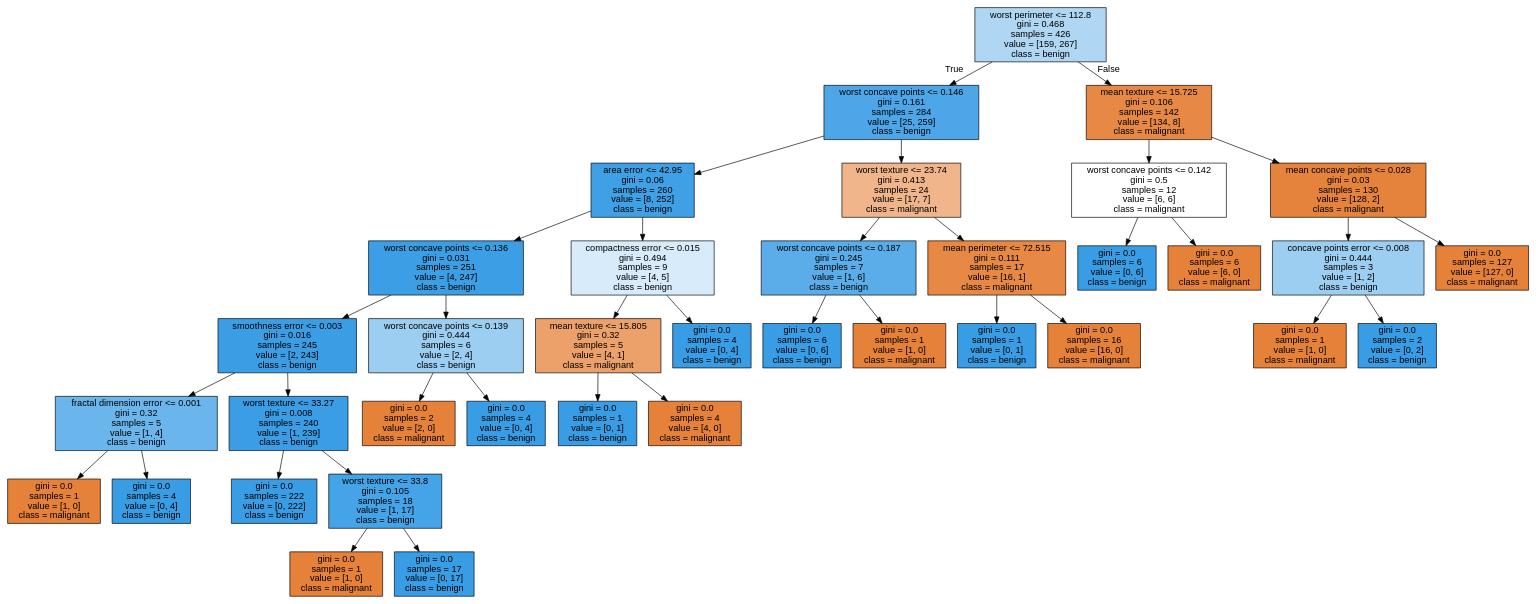
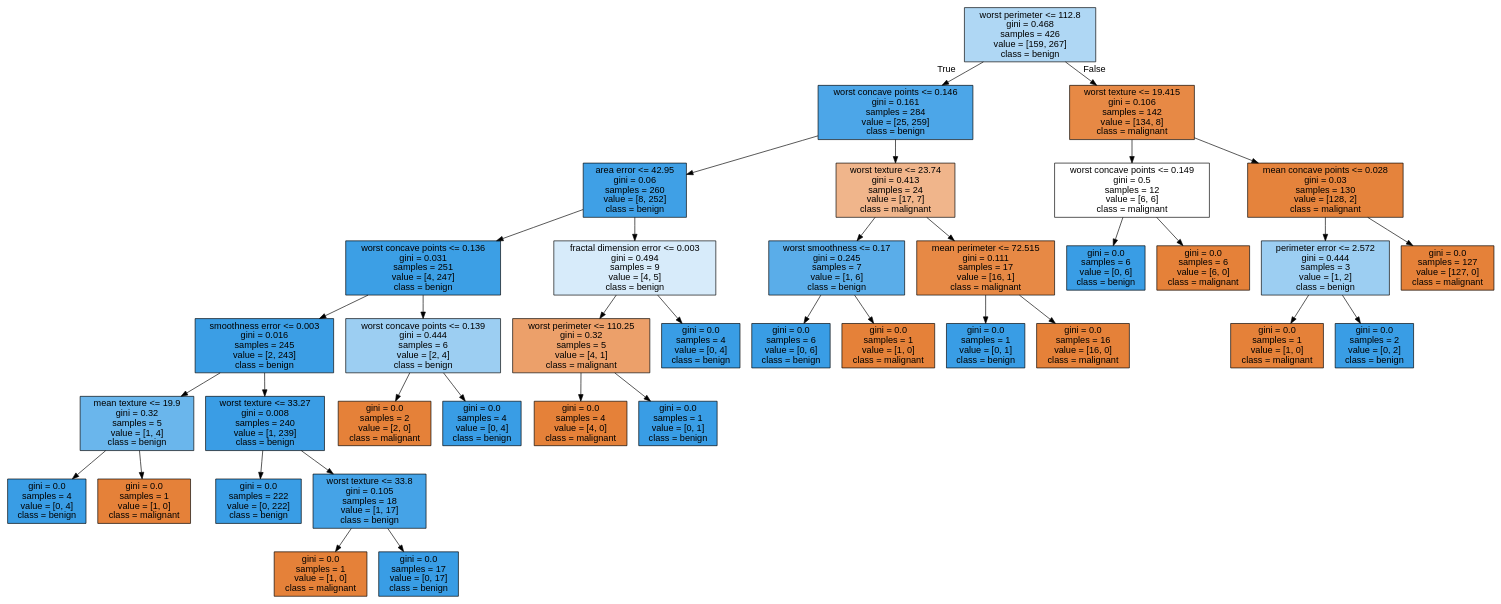
One commit to 2yuri89/workspace changed the diagram in ml-basic/models/breast-cancer-model.dot. Above: the diagram before and after it, drawn with Graphviz. The commit also changed 2 other files, not shown here.

```diff
--- a/ml-basic/models/breast-cancer-model.dot
+++ b/ml-basic/models/breast-cancer-model.dot
@@ -1,77 +1,77 @@
 digraph Tree {
 node [shape=box, style="filled", color="black", fontname="helvetica"] ;
 edge [fontname="helvetica"] ;
 0 [label="worst perimeter <= 112.8\ngini = 0.468\nsamples = 426\nvalue = [159, 267]\nclass = benign", fillcolor="#afd7f4"] ;
 1 [label="worst concave points <= 0.146\ngini = 0.161\nsamples = 284\nvalue = [25, 259]\nclass = benign", fillcolor="#4ca6e8"] ;
 0 -> 1 [labeldistance=2.5, labelangle=45, headlabel="True"] ;
 2 [label="area error <= 42.95\ngini = 0.06\nsamples = 260\nvalue = [8, 252]\nclass = benign", fillcolor="#3fa0e6"] ;
 1 -> 2 ;
 3 [label="worst concave points <= 0.136\ngini = 0.031\nsamples = 251\nvalue = [4, 247]\nclass = benign", fillcolor="#3c9fe5"] ;
 2 -> 3 ;
 4 [label="smoothness error <= 0.003\ngini = 0.016\nsamples = 245\nvalue = [2, 243]\nclass = benign", fillcolor="#3b9ee5"] ;
 3 -> 4 ;
-5 [label="fractal dimension error <= 0.001\ngini = 0.32\nsamples = 5\nvalue = [1, 4]\nclass = benign", fillcolor="#6ab6ec"] ;
+5 [label="mean texture <= 19.9\ngini = 0.32\nsamples = 5\nvalue = [1, 4]\nclass = benign", fillcolor="#6ab6ec"] ;
 4 -> 5 ;
-6 [label="gini = 0.0\nsamples = 1\nvalue = [1, 0]\nclass = malignant", fillcolor="#e58139"] ;
+6 [label="gini = 0.0\nsamples = 4\nvalue = [0, 4]\nclass = benign", fillcolor="#399de5"] ;
 5 -> 6 ;
-7 [label="gini = 0.0\nsamples = 4\nvalue = [0, 4]\nclass = benign", fillcolor="#399de5"] ;
+7 [label="gini = 0.0\nsamples = 1\nvalue = [1, 0]\nclass = malignant", fillcolor="#e58139"] ;
 5 -> 7 ;
 8 [label="worst texture <= 33.27\ngini = 0.008\nsamples = 240\nvalue = [1, 239]\nclass = benign", fillcolor="#3a9de5"] ;
 4 -> 8 ;
 9 [label="gini = 0.0\nsamples = 222\nvalue = [0, 222]\nclass = benign", fillcolor="#399de5"] ;
 8 -> 9 ;
 10 [label="worst texture <= 33.8\ngini = 0.105\nsamples = 18\nvalue = [1, 17]\nclass = benign", fillcolor="#45a3e7"] ;
 8 -> 10 ;
 11 [label="gini = 0.0\nsamples = 1\nvalue = [1, 0]\nclass = malignant", fillcolor="#e58139"] ;
 10 -> 11 ;
 12 [label="gini = 0.0\nsamples = 17\nvalue = [0, 17]\nclass = benign", fillcolor="#399de5"] ;
 10 -> 12 ;
 13 [label="worst concave points <= 0.139\ngini = 0.444\nsamples = 6\nvalue = [2, 4]\nclass = benign", fillcolor="#9ccef2"] ;
 3 -> 13 ;
 14 [label="gini = 0.0\nsamples = 2\nvalue = [2, 0]\nclass = malignant", fillcolor="#e58139"] ;
 13 -> 14 ;
 15 [label="gini = 0.0\nsamples = 4\nvalue = [0, 4]\nclass = benign", fillcolor="#399de5"] ;
 13 -> 15 ;
-16 [label="compactness error <= 0.015\ngini = 0.494\nsamples = 9\nvalue = [4, 5]\nclass = benign", fillcolor="#d7ebfa"] ;
+16 [label="fractal dimension error <= 0.003\ngini = 0.494\nsamples = 9\nvalue = [4, 5]\nclass = benign", fillcolor="#d7ebfa"] ;
 2 -> 16 ;
-17 [label="mean texture <= 15.805\ngini = 0.32\nsamples = 5\nvalue = [4, 1]\nclass = malignant", fillcolor="#eca06a"] ;
+17 [label="worst perimeter <= 110.25\ngini = 0.32\nsamples = 5\nvalue = [4, 1]\nclass = malignant", fillcolor="#eca06a"] ;
 16 -> 17 ;
-18 [label="gini = 0.0\nsamples = 1\nvalue = [0, 1]\nclass = benign", fillcolor="#399de5"] ;
+18 [label="gini = 0.0\nsamples = 4\nvalue = [4, 0]\nclass = malignant", fillcolor="#e58139"] ;
 17 -> 18 ;
-19 [label="gini = 0.0\nsamples = 4\nvalue = [4, 0]\nclass = malignant", fillcolor="#e58139"] ;
+19 [label="gini = 0.0\nsamples = 1\nvalue = [0, 1]\nclass = benign", fillcolor="#399de5"] ;
 17 -> 19 ;
 20 [label="gini = 0.0\nsamples = 4\nvalue = [0, 4]\nclass = benign", fillcolor="#399de5"] ;
 16 -> 20 ;
 21 [label="worst texture <= 23.74\ngini = 0.413\nsamples = 24\nvalue = [17, 7]\nclass = malignant", fillcolor="#f0b58b"] ;
 1 -> 21 ;
-22 [label="worst concave points <= 0.187\ngini = 0.245\nsamples = 7\nvalue = [1, 6]\nclass = benign", fillcolor="#5aade9"] ;
+22 [label="worst smoothness <= 0.17\ngini = 0.245\nsamples = 7\nvalue = [1, 6]\nclass = benign", fillcolor="#5aade9"] ;
 21 -> 22 ;
 23 [label="gini = 0.0\nsamples = 6\nvalue = [0, 6]\nclass = benign", fillcolor="#399de5"] ;
 22 -> 23 ;
 24 [label="gini = 0.0\nsamples = 1\nvalue = [1, 0]\nclass = malignant", fillcolor="#e58139"] ;
 22 -> 24 ;
 25 [label="mean perimeter <= 72.515\ngini = 0.111\nsamples = 17\nvalue = [16, 1]\nclass = malignant", fillcolor="#e78945"] ;
 21 -> 25 ;
 26 [label="gini = 0.0\nsamples = 1\nvalue = [0, 1]\nclass = benign", fillcolor="#399de5"] ;
 25 -> 26 ;
 27 [label="gini = 0.0\nsamples = 16\nvalue = [16, 0]\nclass = malignant", fillcolor="#e58139"] ;
 25 -> 27 ;
-28 [label="mean texture <= 15.725\ngini = 0.106\nsamples = 142\nvalue = [134, 8]\nclass = malignant", fillcolor="#e78945"] ;
+28 [label="worst texture <= 19.415\ngini = 0.106\nsamples = 142\nvalue = [134, 8]\nclass = malignant", fillcolor="#e78945"] ;
 0 -> 28 [labeldistance=2.5, labelangle=-45, headlabel="False"] ;
-29 [label="worst concave points <= 0.142\ngini = 0.5\nsamples = 12\nvalue = [6, 6]\nclass = malignant", fillcolor="#ffffff"] ;
+29 [label="worst concave points <= 0.149\ngini = 0.5\nsamples = 12\nvalue = [6, 6]\nclass = malignant", fillcolor="#ffffff"] ;
 28 -> 29 ;
 30 [label="gini = 0.0\nsamples = 6\nvalue = [0, 6]\nclass = benign", fillcolor="#399de5"] ;
 29 -> 30 ;
 31 [label="gini = 0.0\nsamples = 6\nvalue = [6, 0]\nclass = malignant", fillcolor="#e58139"] ;
 29 -> 31 ;
 32 [label="mean concave points <= 0.028\ngini = 0.03\nsamples = 130\nvalue = [128, 2]\nclass = malignant", fillcolor="#e5833c"] ;
 28 -> 32 ;
-33 [label="concave points error <= 0.008\ngini = 0.444\nsamples = 3\nvalue = [1, 2]\nclass = benign", fillcolor="#9ccef2"] ;
+33 [label="perimeter error <= 2.572\ngini = 0.444\nsamples = 3\nvalue = [1, 2]\nclass = benign", fillcolor="#9ccef2"] ;
 32 -> 33 ;
 34 [label="gini = 0.0\nsamples = 1\nvalue = [1, 0]\nclass = malignant", fillcolor="#e58139"] ;
 33 -> 34 ;
 35 [label="gini = 0.0\nsamples = 2\nvalue = [0, 2]\nclass = benign", fillcolor="#399de5"] ;
 33 -> 35 ;
 36 [label="gini = 0.0\nsamples = 127\nvalue = [127, 0]\nclass = malignant", fillcolor="#e58139"] ;
 32 -> 36 ;
 }
```
